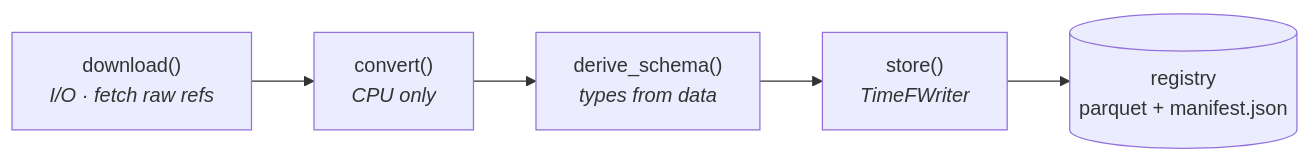
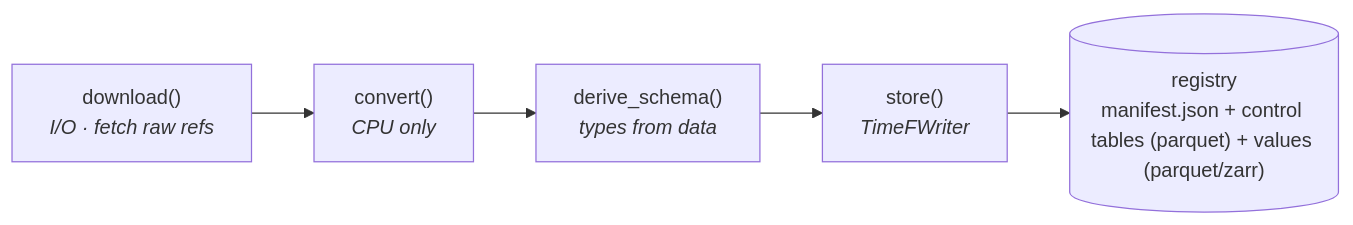
The diagram in docs/data-model/index.md (OpenTSLM/TimeNet), drawn with Mermaid before and after one commit. The commit also changed other lines of this file and 2 other files, not shown here.

````diff
--- a/docs/data-model/index.md
+++ b/docs/data-model/index.md
@@ -32,9 +36,9 @@
 ```mermaid
 flowchart LR
     D["download()<br/><i>I/O · fetch raw refs</i>"]
     C["convert()<br/><i>CPU only</i>"]
     S["derive_schema()<br/><i>types from data</i>"]
     W["store()<br/><i>TimeFWriter</i>"]
-    R[("registry<br/>parquet + manifest.json")]
+    R[("registry<br/>manifest.json + control tables (parquet) + values (parquet/zarr)")]
     D --> C --> S --> W --> R
 ```
````
